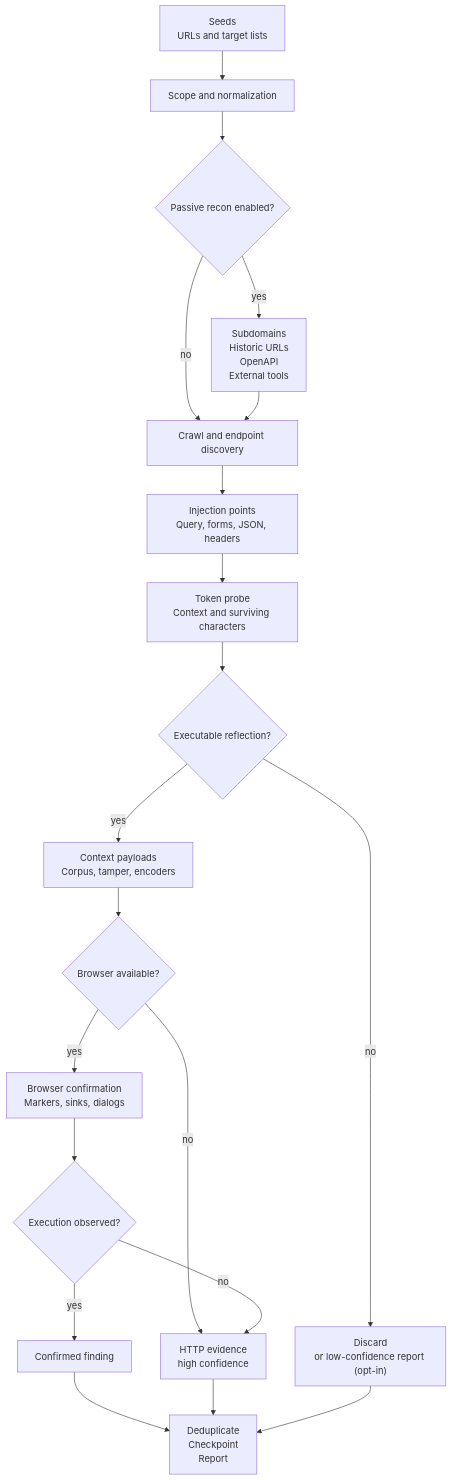
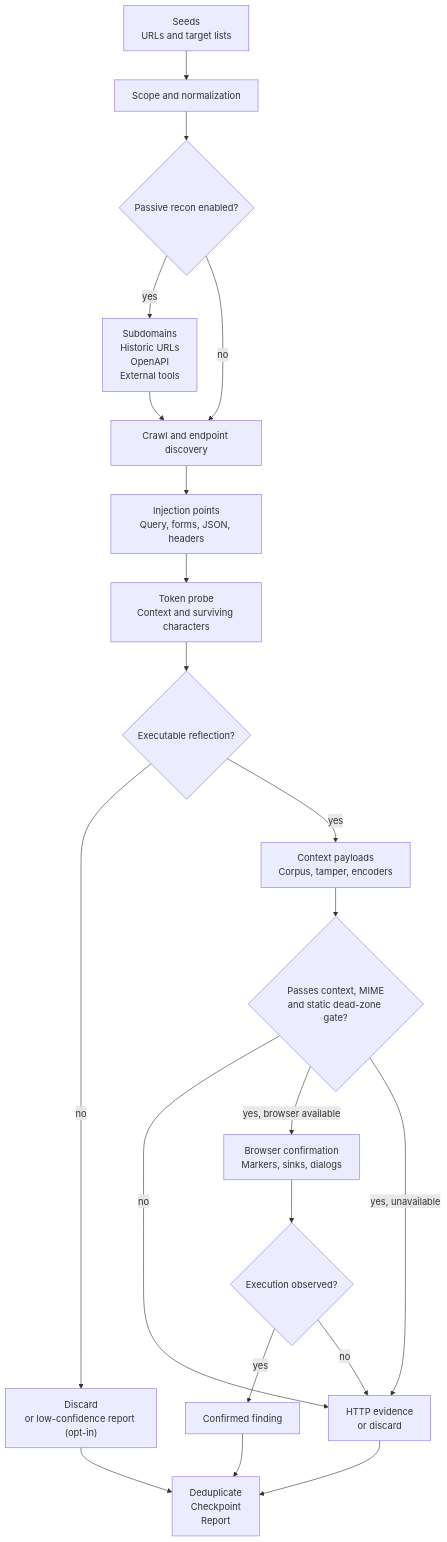
Before and after one commit to gl1tch0x1/xoxss: the first of 3 diagrams in README.md, drawn with Mermaid. The commit also changed other lines of this file and 17 other files, not shown here.

````diff
--- a/README.md
+++ b/README.md
@@ -140,22 +143,23 @@
 ```mermaid
 flowchart TD
     A["Seeds<br/>URLs and target lists"] --> B["Scope and normalization"]
     B --> C{"Passive recon enabled?"}
     C -->|yes| D["Subdomains<br/>Historic URLs<br/>OpenAPI<br/>External tools"]
     C -->|no| E["Crawl and endpoint discovery"]
     D --> E
     E --> F["Injection points<br/>Query, forms, JSON, headers"]
     F --> G["Token probe<br/>Context and surviving characters"]
     G --> H{"Executable reflection?"}
     H -->|no| I["Discard<br/>or low-confidence report (opt-in)"]
     H -->|yes| J["Context payloads<br/>Corpus, tamper, encoders"]
-    J --> K{"Browser available?"}
-    K -->|no| L["HTTP evidence<br/>high confidence"]
-    K -->|yes| M["Browser confirmation<br/>Markers, sinks, dialogs"]
+    J --> K{"Passes context, MIME<br/>and static dead-zone gate?"}
+    K -->|no| L["HTTP evidence<br/>or discard"]
+    K -->|yes, browser available| M["Browser confirmation<br/>Markers, sinks, dialogs"]
+    K -->|yes, unavailable| L
     M --> N{"Execution observed?"}
     N -->|yes| O["Confirmed finding"]
     N -->|no| L
     O --> P["Deduplicate<br/>Checkpoint<br/>Report"]
     L --> P
     I --> P
 ```
````
